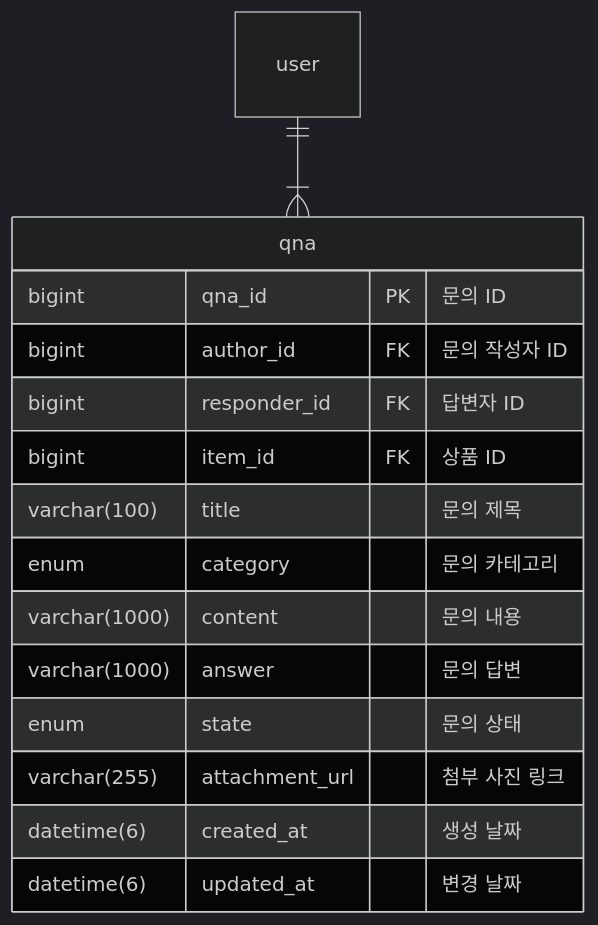
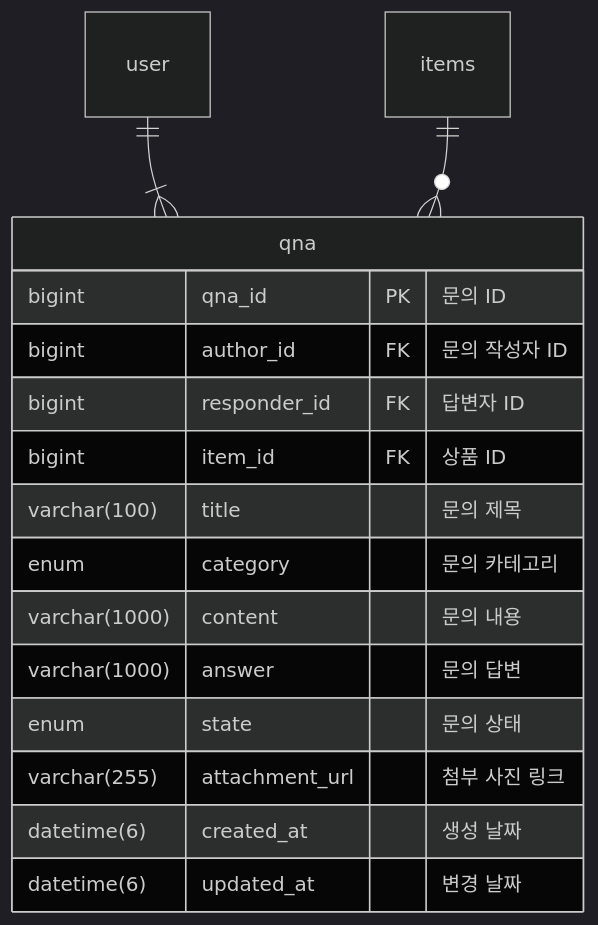
One commit to kea-dpang/docs changed the seventh of 9 diagrams in Erd.md. Above: the diagram before and after it, drawn with Mermaid (dark theme).

````diff
--- a/Erd.md
+++ b/Erd.md
@@ -306,19 +306,20 @@
 ```mermaid
 erDiagram
     qna {
         bigint qna_id PK "문의 ID"
         bigint author_id FK "문의 작성자 ID"
         bigint responder_id FK "답변자 ID"
         bigint item_id FK "상품 ID"
         varchar(100) title "문의 제목"
         enum category "문의 카테고리"
         varchar(1000) content "문의 내용"
         varchar(1000) answer "문의 답변"
         enum state "문의 상태"
         varchar(255) attachment_url "첨부 사진 링크"
         datetime(6) created_at "생성 날짜"
         datetime(6) updated_at "변경 날짜"
     }
 
     user ||--|{ qna: ""
+    items ||--o{ qna: ""
 ```
````
